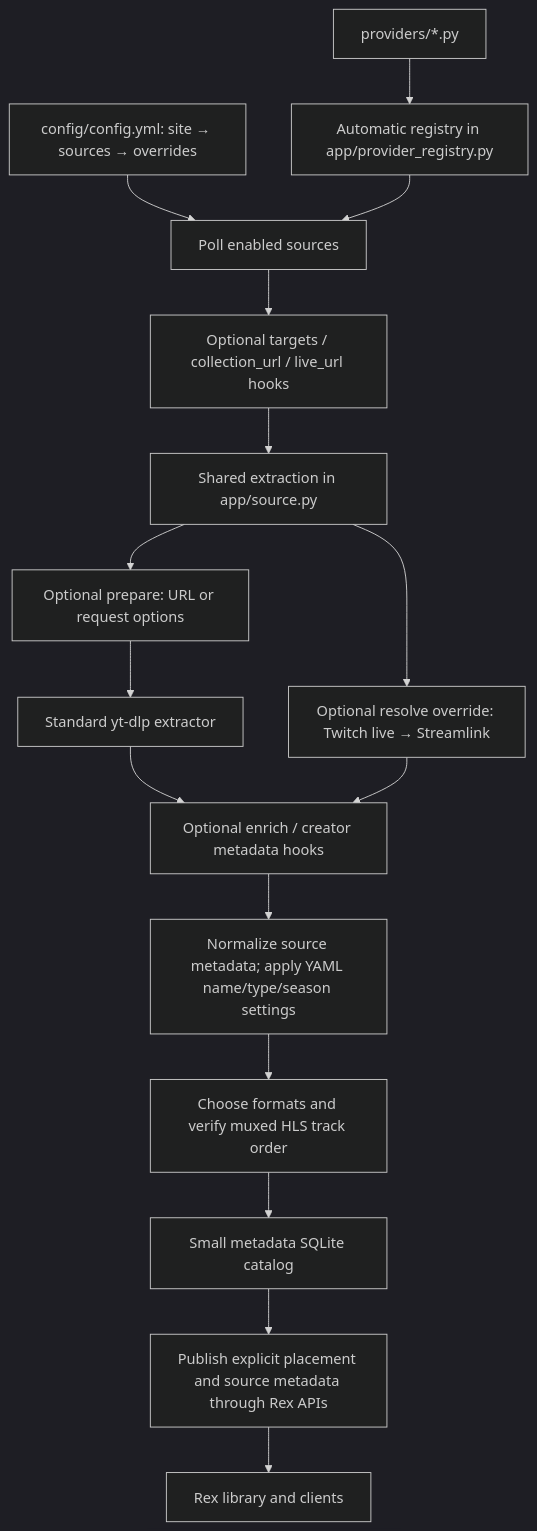
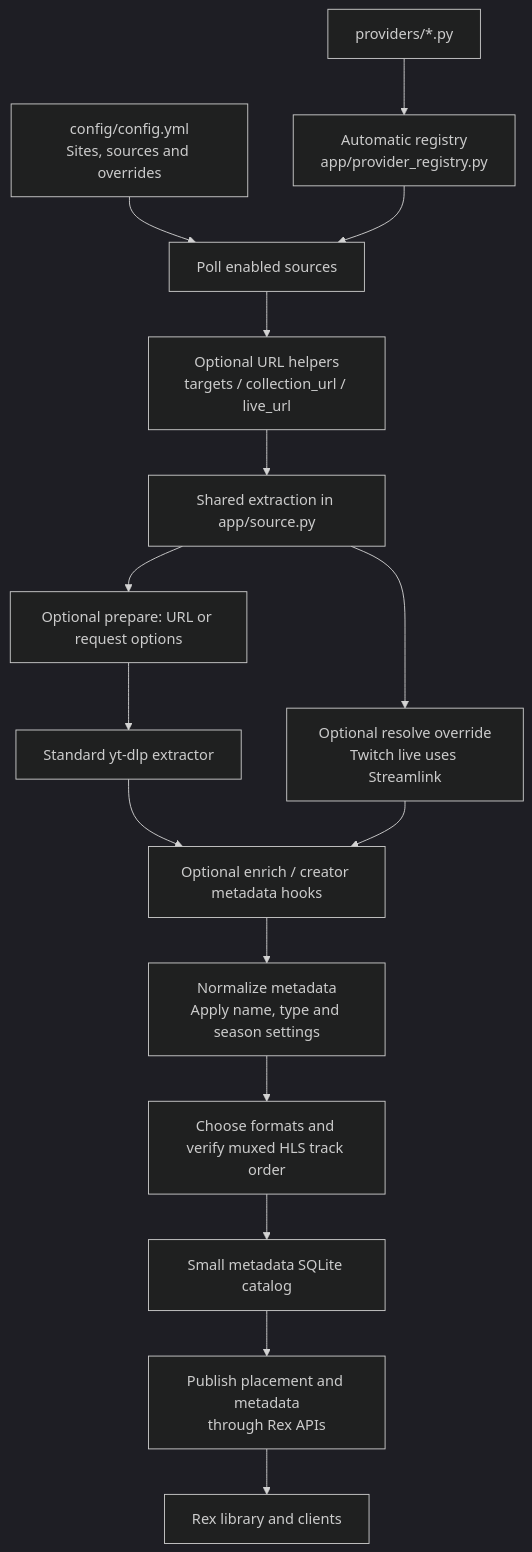
The first of 3 diagrams in docs/ARCHITECTURE.md (bastardsandcheats/rex-youtube), drawn with Mermaid (dark theme) before and after one commit. The commit also changed other lines of this file and 2 other files, not shown here.

Commit message:
docs: make architecture and generated diagrams readable on GitHub

````diff
--- a/docs/ARCHITECTURE.md
+++ b/docs/ARCHITECTURE.md
@@ -33,18 +33,18 @@
 ```mermaid
 flowchart TD
-    yaml["config/config.yml: site → sources → overrides"] --> poll["Poll enabled sources"]
-    files["providers/*.py"] --> registry["Automatic registry in app/provider_registry.py"]
+    yaml["config/config.yml<br/>Sites, sources and overrides"] --> poll["Poll enabled sources"]
+    files["providers/*.py"] --> registry["Automatic registry<br/>app/provider_registry.py"]
     registry --> poll
-    poll --> targets["Optional targets / collection_url / live_url hooks"]
+    poll --> targets["Optional URL helpers<br/>targets / collection_url / live_url"]
     targets --> extract["Shared extraction in app/source.py"]
     extract --> prepare["Optional prepare: URL or request options"]
     prepare --> ytdlp["Standard yt-dlp extractor"]
-    extract --> resolve["Optional resolve override: Twitch live → Streamlink"]
+    extract --> resolve["Optional resolve override<br/>Twitch live uses Streamlink"]
     ytdlp --> enrich["Optional enrich / creator metadata hooks"]
     resolve --> enrich
-    enrich --> normalize["Normalize source metadata; apply YAML name/type/season settings"]
+    enrich --> normalize["Normalize metadata<br/>Apply name, type and season settings"]
     normalize --> plan["Choose formats and verify muxed HLS track order"]
     plan --> sqlite["Small metadata SQLite catalog"]
-    sqlite --> feed["Publish explicit placement and source metadata through Rex APIs"]
+    sqlite --> feed["Publish placement and metadata<br/>through Rex APIs"]
     feed --> rex["Rex library and clients"]
 ```
````
